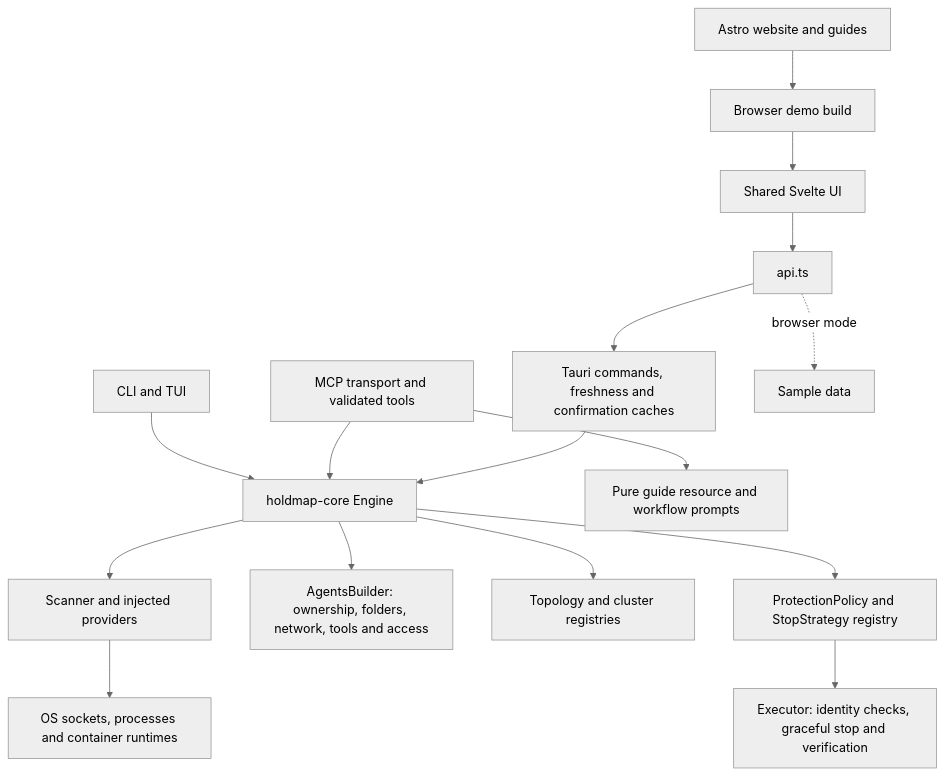
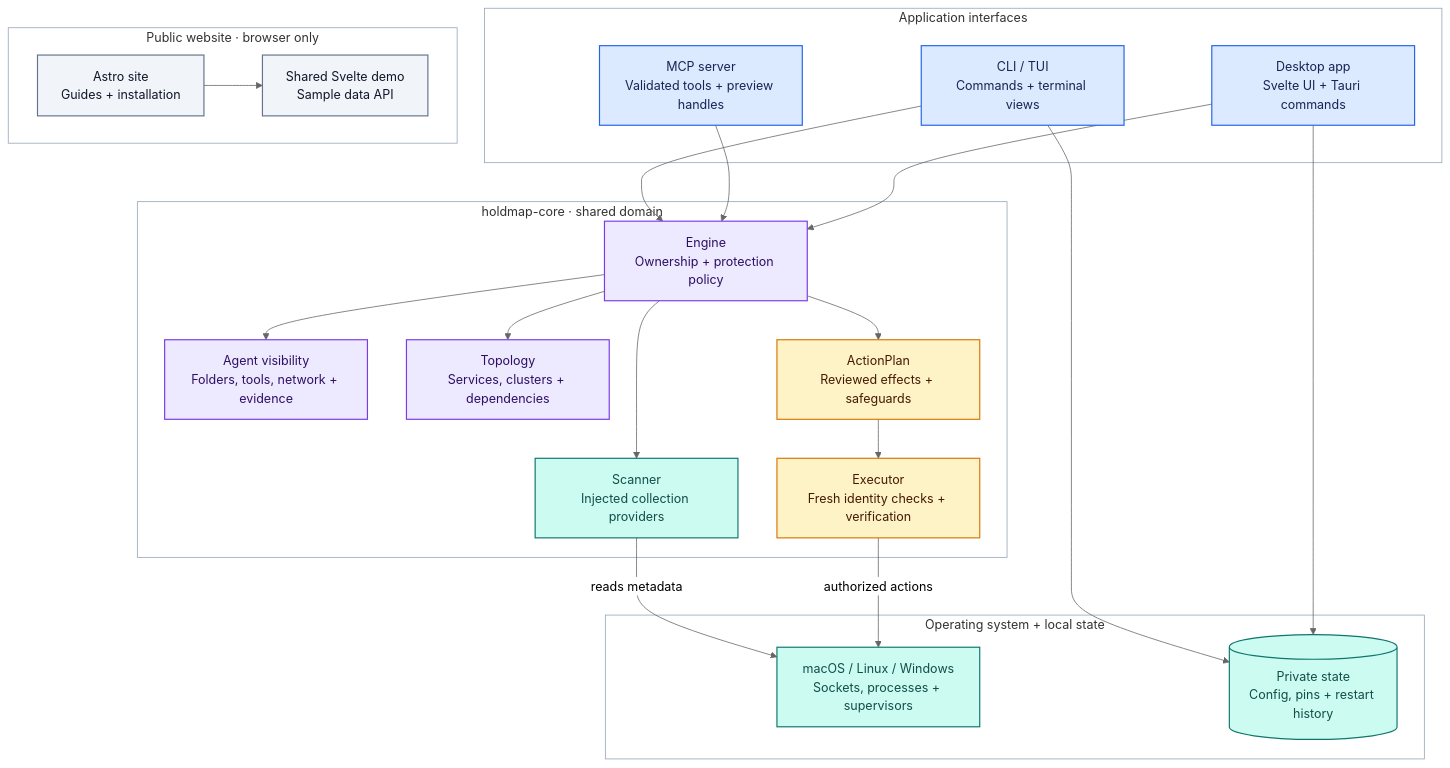
Before and after one commit to santoshshinde2012/holdmap: the diagram in README.md, drawn with Mermaid (neutral theme). The commit also changed other lines of this file and 29 other files, not shown here.

First line of the commit message:
Finalize security, architecture documentation and website SEO (#21)

````diff
--- a/README.md
+++ b/README.md
@@ -294,18 +294,54 @@
 ```mermaid
 flowchart TB
-  CLI["CLI and TUI"] --> ENGINE["holdmap-core Engine"]
-  MCP["MCP transport and validated tools"] --> ENGINE
-  MCP --> CONTEXT["Pure guide resource and workflow prompts"]
-  UI["Shared Svelte UI"] --> API["api.ts"]
-  API --> NATIVE["Tauri commands, freshness and confirmation caches"]
-  NATIVE --> ENGINE
-  SITE["Astro website and guides"] --> DEMO["Browser demo build"]
-  DEMO --> UI
-  API -. "browser mode" .-> MOCK["Sample data"]
-  ENGINE --> SCAN["Scanner and injected providers"]
-  SCAN --> OS["OS sockets, processes and container runtimes"]
-  ENGINE --> AGENTS["AgentsBuilder: ownership, folders, network, tools and access"]
-  ENGINE --> GRAPH["Topology and cluster registries"]
-  ENGINE --> PLAN["ProtectionPolicy and StopStrategy registry"]
-  PLAN --> EXEC["Executor: identity checks, graceful stop and verification"]
+  accTitle: Holdmap system architecture
+  accDescr: The CLI, MCP server and desktop share a Rust core. A separate website demo uses sample data. Only the native executor performs reviewed OS actions.
+
+  subgraph CLIENTS["Application interfaces"]
+    CLI["CLI / TUI<br/>Commands + terminal views"]
+    MCP["MCP server<br/>Validated tools + preview handles"]
+    DESKTOP["Desktop app<br/>Svelte UI + Tauri commands"]
+  end
+
+  subgraph CORE["holdmap-core · shared domain"]
+    SCAN["Scanner<br/>Injected collection providers"]
+    ENGINE["Engine<br/>Ownership + protection policy"]
+    AGENTS["Agent visibility<br/>Folders, tools, network + evidence"]
+    GRAPH["Topology<br/>Services, clusters + dependencies"]
+    PLAN["ActionPlan<br/>Reviewed effects + safeguards"]
+    EXEC["Executor<br/>Fresh identity checks + verification"]
+    ENGINE --> SCAN & AGENTS & GRAPH & PLAN
+    PLAN --> EXEC
+  end
+
+  subgraph LOCAL["Operating system + local state"]
+    OS["macOS / Linux / Windows<br/>Sockets, processes + supervisors"]
+    STORE[("Private state<br/>Config, pins + restart history")]
+  end
+
+  subgraph PUBLIC["Public website · browser only"]
+    SITE["Astro site<br/>Guides + installation"]
+    DEMO["Shared Svelte demo<br/>Sample data API"]
+    SITE --> DEMO
+  end
+
+  CLI & MCP & DESKTOP --> ENGINE
+  SCAN -->|reads metadata| OS
+  EXEC -->|authorized actions| OS
+  CLI & DESKTOP --> STORE
+
+  style CLIENTS fill:transparent,stroke:#94A3B8,stroke-width:1px
+  style CORE fill:transparent,stroke:#94A3B8,stroke-width:1px
+  style LOCAL fill:transparent,stroke:#94A3B8,stroke-width:1px
+  style PUBLIC fill:transparent,stroke:#94A3B8,stroke-width:1px
+
+  classDef surface fill:#DBEAFE,stroke:#2563EB,color:#172554,stroke-width:1.5px
+  classDef domain fill:#EDE9FE,stroke:#7C3AED,color:#2E1065,stroke-width:1.5px
+  classDef safety fill:#FEF3C7,stroke:#D97706,color:#451A03,stroke-width:1.5px
+  classDef data fill:#CCFBF1,stroke:#0F766E,color:#134E4A,stroke-width:1.5px
+  classDef web fill:#F1F5F9,stroke:#64748B,color:#0F172A,stroke-width:1.5px
+  class CLI,MCP,DESKTOP surface
+  class ENGINE,AGENTS,GRAPH domain
+  class PLAN,EXEC safety
+  class SCAN,OS,STORE data
+  class SITE,DEMO web
 ```
````
